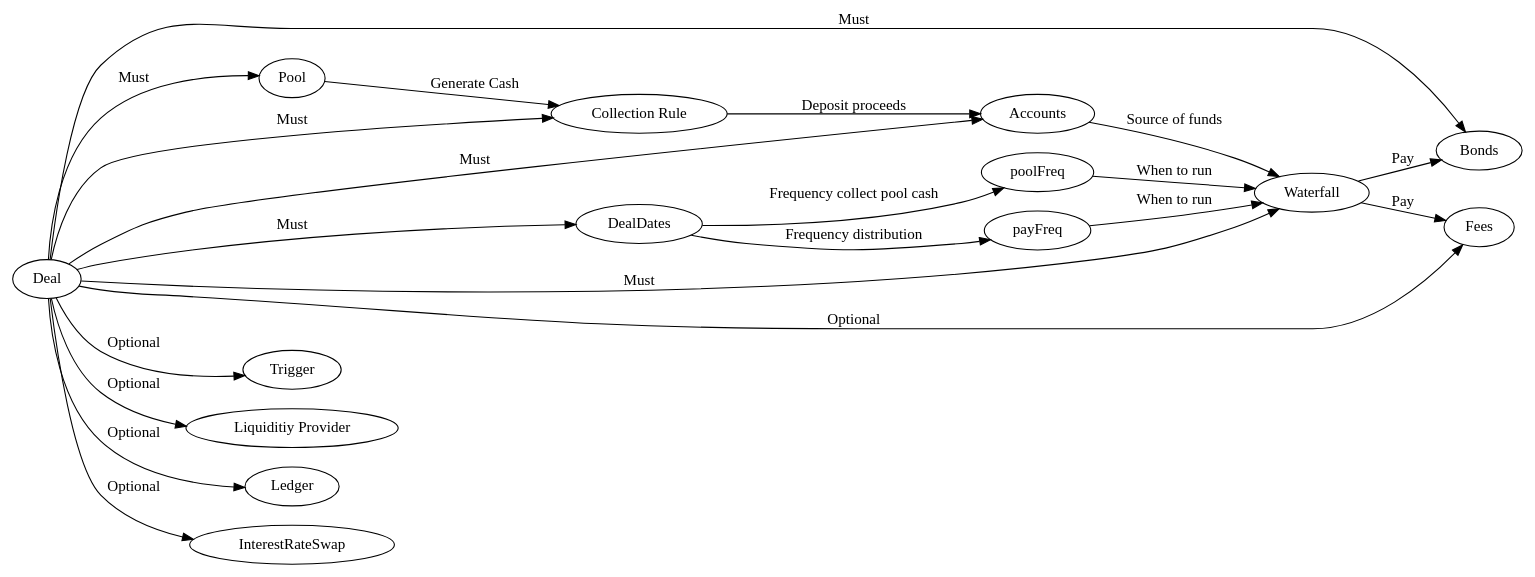
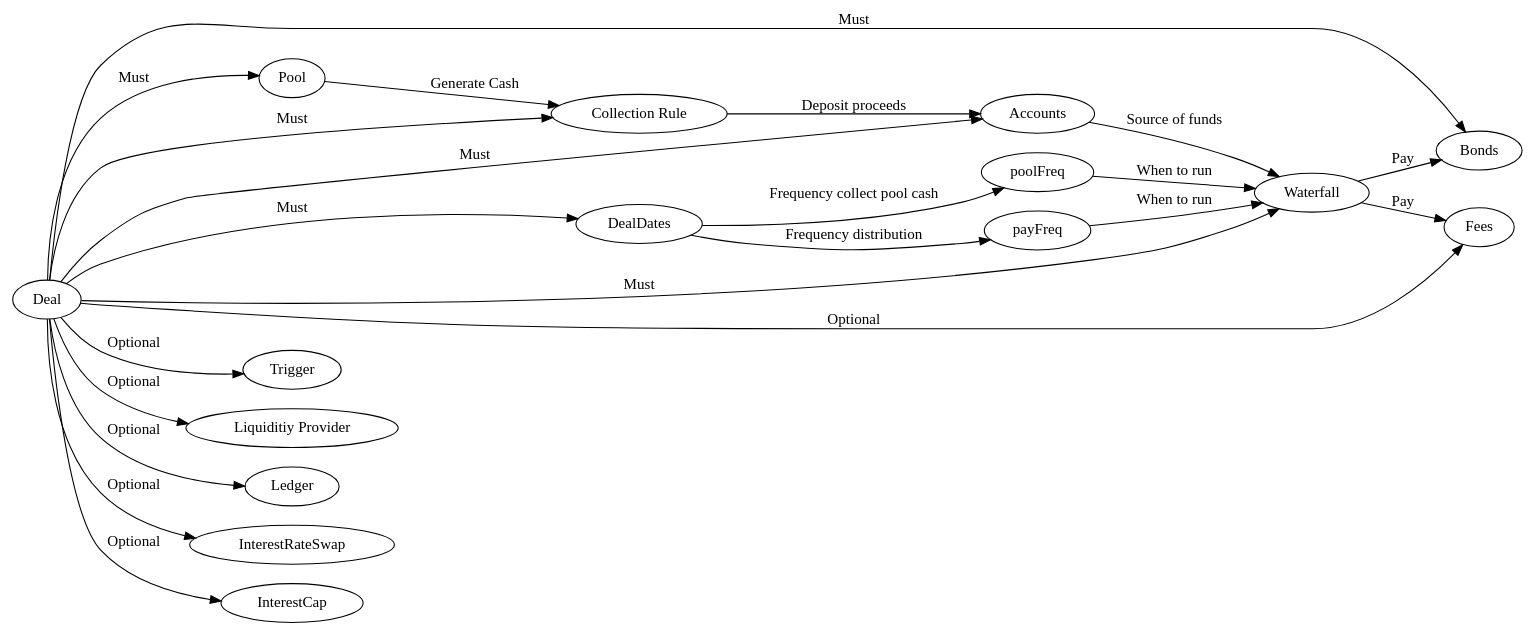
The first of 5 diagrams in docs/source/modeling.rst (yellowbean/absbox-doc), drawn with Graphviz before and after one commit. The commit also changed other lines of this file, not shown here.

```diff
--- a/docs/source/modeling.rst
+++ b/docs/source/modeling.rst
@@ -41,29 +42,30 @@
 .. graphviz::
     :name: sphinx.ext.graphviz
     :caption: deal components
     :alt: deal components
     :align: center
     
     digraph {
         rankdir = LR
         Deal -> DealDates [label="Must"]
         DealDates -> payFreq [label="Frequency distribution"]
         DealDates -> poolFreq [label="Frequency collect pool cash"]
         payFreq -> Waterfall [label="When to run"]
         poolFreq -> Waterfall [label="When to run"]
         Deal -> Pool [label="Must"]
         Deal -> "Collection Rule" [label="Must"]
         Pool -> "Collection Rule" [label="Generate Cash"]
         "Collection Rule" -> Accounts [label="Deposit proceeds"]
         Deal -> Accounts [label="Must"]
         Deal -> Waterfall [label="Must"]
         Accounts -> Waterfall [label="Source of funds"]
         Waterfall -> Bonds [label="Pay"]
         Waterfall -> Fees [label="Pay"]
         Deal -> Bonds [label="Must"]
         Deal -> Fees [label="Optional"]
         Deal -> Trigger [label="Optional"]
         Deal -> "Liquiditiy Provider" [label="Optional"]
         Deal -> Ledger [label="Optional"]
         Deal -> InterestRateSwap [label="Optional"]
+        Deal -> InterestCap [label="Optional"]
     }
```
